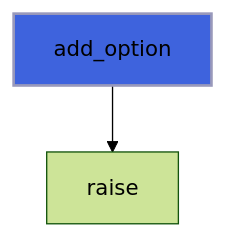
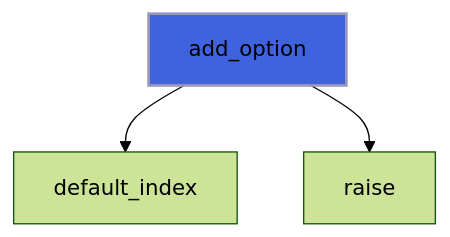
The second of 6 diagrams in docs/api/src/lib/flap_menu_t.md (szaghi/FLAP), drawn with Mermaid (forest theme) before and after one commit. The commit also changed other lines of this file and 5 other files, not shown here.

````diff
--- a/docs/api/src/lib/flap_menu_t.md
+++ b/docs/api/src/lib/flap_menu_t.md
@@ -122,5 +128,6 @@
 ```mermaid
 flowchart TD
+  add_option["add_option"] --> default_index["default_index"]
   add_option["add_option"] --> raise["raise"]
   style add_option fill:#3e63dd,stroke:#99b,stroke-width:2px
 ```
````
